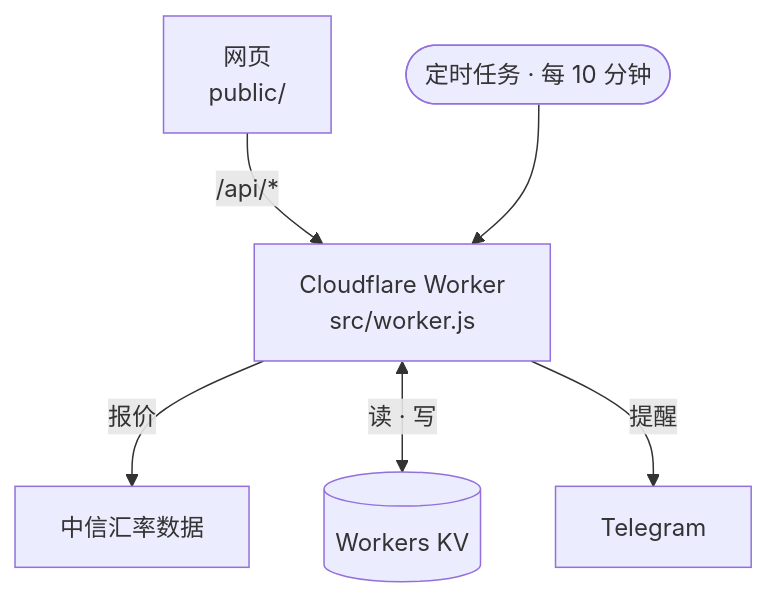
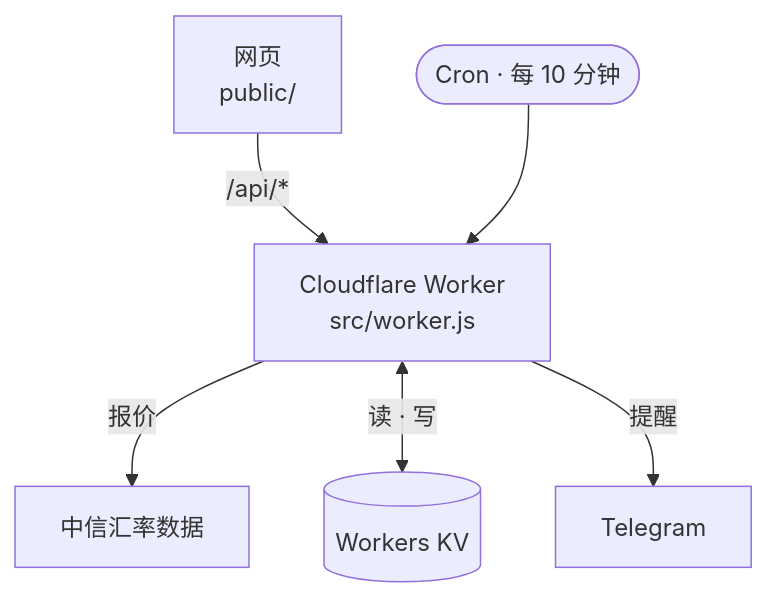
Before and after one commit to Ian9657/fx-watch: the diagram in README.zh-CN.md, drawn with Mermaid. The commit also changed other lines of this file and 1 other file, not shown here.

````diff
--- a/README.zh-CN.md
+++ b/README.zh-CN.md
@@ -77,8 +81,8 @@
 ```mermaid
 flowchart TB
   app["网页<br/>public/"] -- "/api/*" --> worker["Cloudflare Worker<br/>src/worker.js"]
-  cron(["定时任务 · 每 10 分钟"]) --> worker
+  cron(["Cron · 每 10 分钟"]) --> worker
   worker -- "报价" --> citic["中信汇率数据"]
   worker <-- "读 · 写" --> kv[("Workers KV")]
   worker -- "提醒" --> tg["Telegram"]
 ```
````
